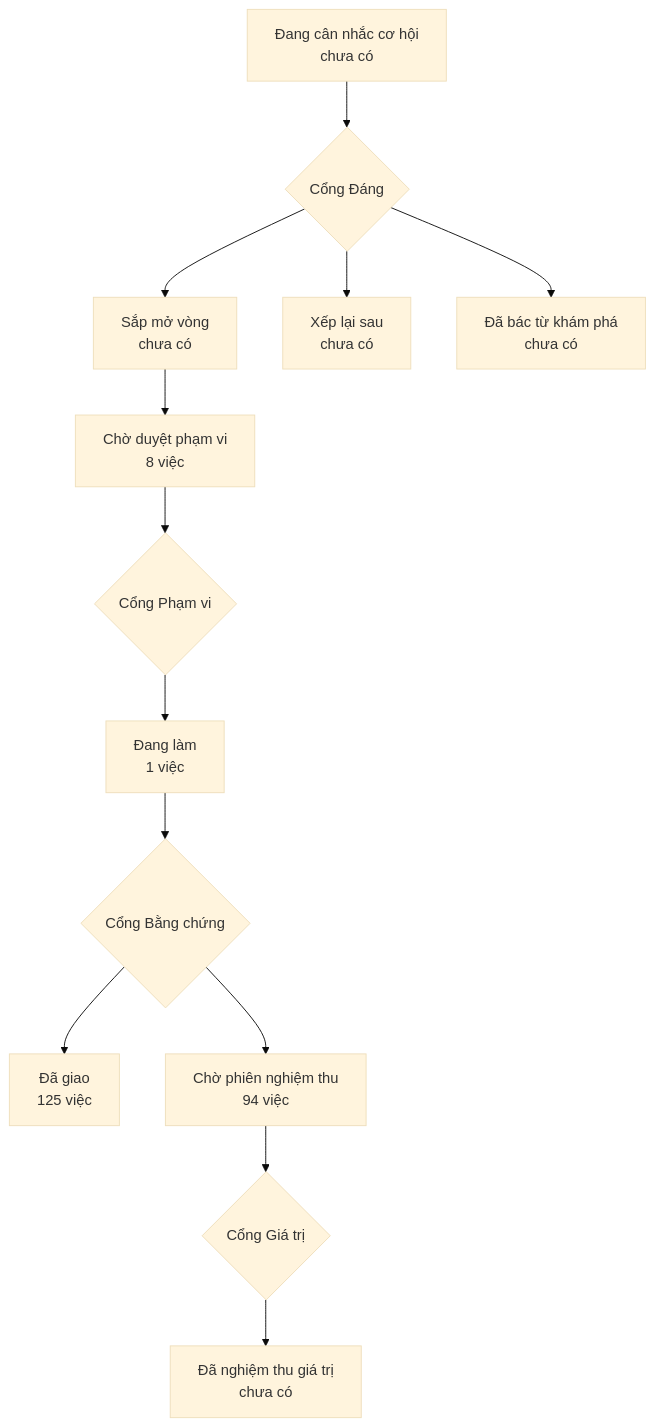
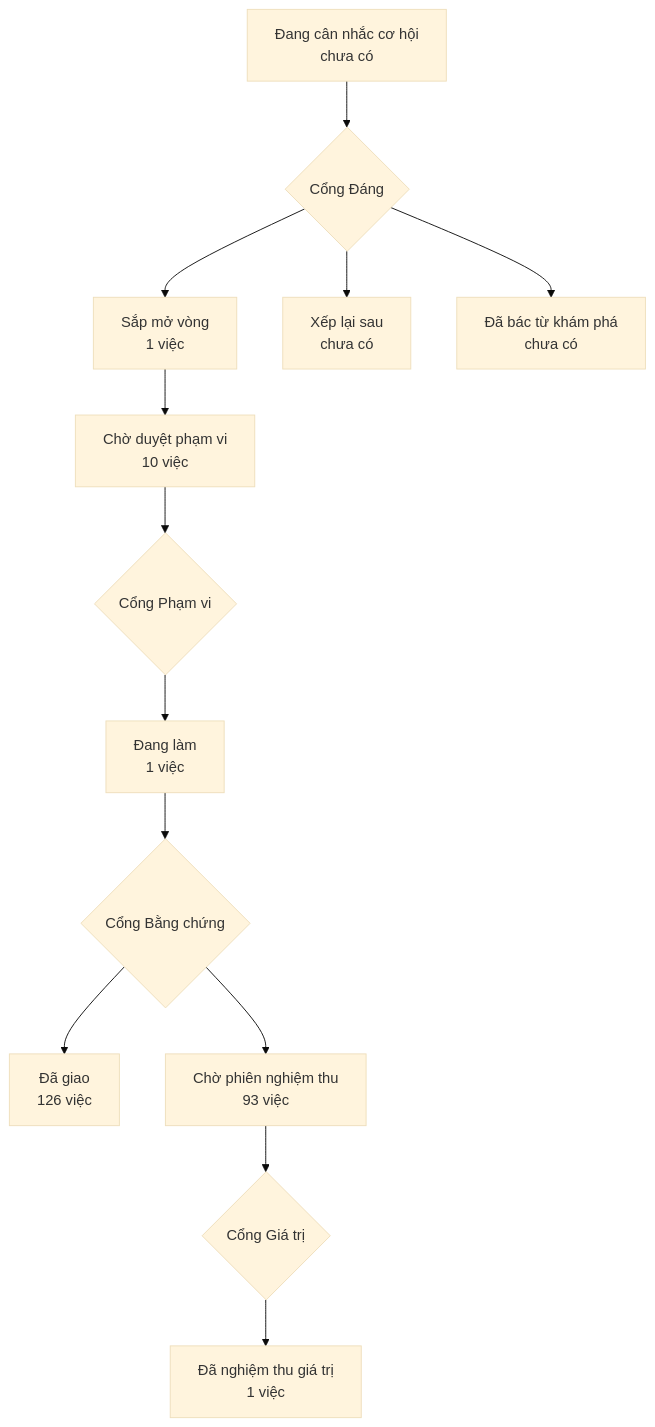
Before and after one commit to phanlemanh/onehub-invest: the diagram in PRODUCT-MAP.md, drawn with Mermaid (base theme). The commit also changed other lines of this file and 1 other file, not shown here.

````diff
--- a/PRODUCT-MAP.md
+++ b/PRODUCT-MAP.md
@@ -7,12 +7,12 @@
 ```mermaid
 flowchart TD
   A["Đang cân nhắc cơ hội<br/>chưa có"] --> GD{"Cổng Đáng"}
-  GD --> B["Sắp mở vòng<br/>chưa có"]
+  GD --> B["Sắp mở vòng<br/>1 việc"]
   GD --> XL["Xếp lại sau<br/>chưa có"]
   GD --> DB["Đã bác từ khám phá<br/>chưa có"]
-  B --> CD["Chờ duyệt phạm vi<br/>8 việc"] --> GP{"Cổng Phạm vi"}
+  B --> CD["Chờ duyệt phạm vi<br/>10 việc"] --> GP{"Cổng Phạm vi"}
   GP --> DL["Đang làm<br/>1 việc"] --> GB{"Cổng Bằng chứng"}
-  GB --> DG["Đã giao<br/>125 việc"]
-  GB --> CN["Chờ phiên nghiệm thu<br/>94 việc"] --> GG{"Cổng Giá trị"}
-  GG --> NT["Đã nghiệm thu giá trị<br/>chưa có"]
+  GB --> DG["Đã giao<br/>126 việc"]
+  GB --> CN["Chờ phiên nghiệm thu<br/>93 việc"] --> GG{"Cổng Giá trị"}
+  GG --> NT["Đã nghiệm thu giá trị<br/>1 việc"]
 ```
````
